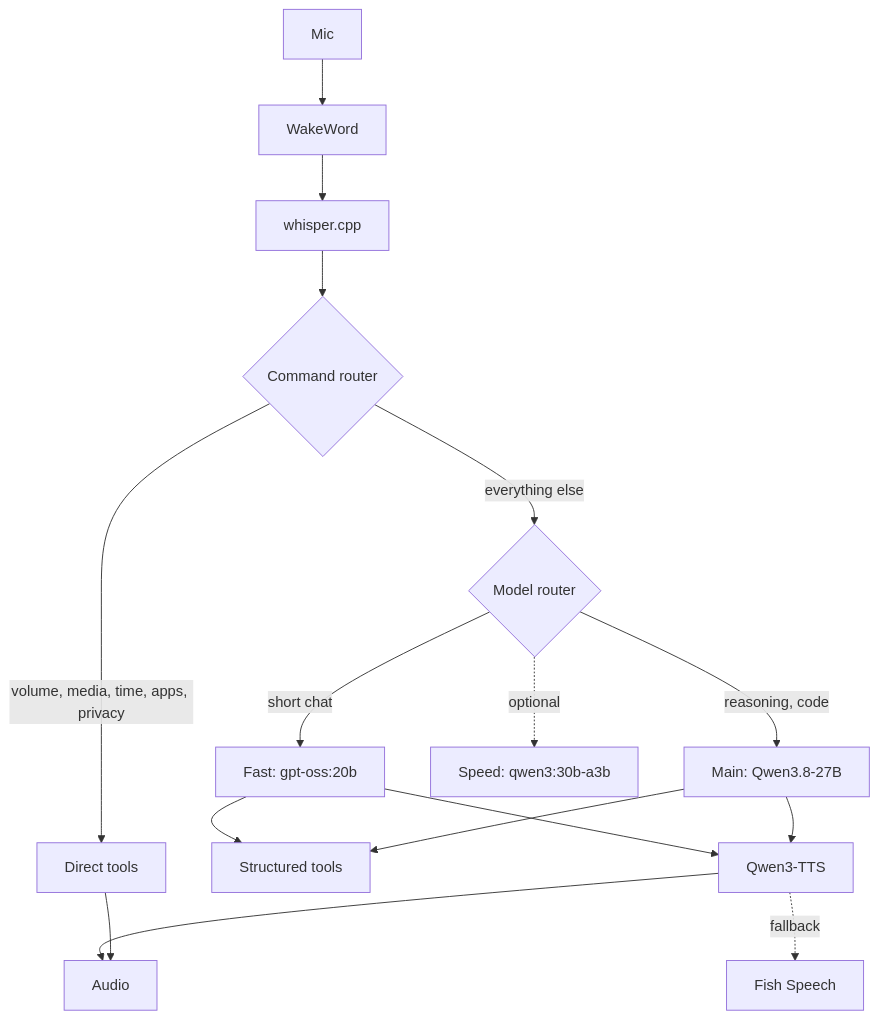
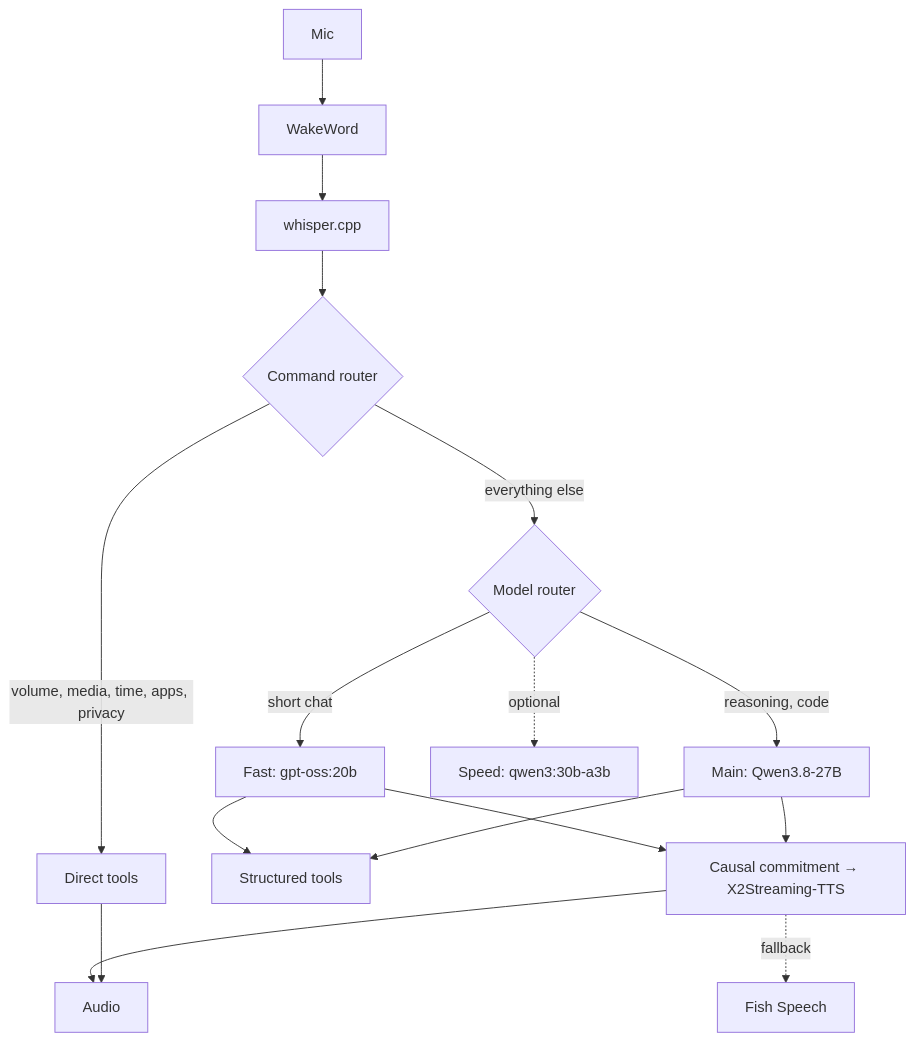
One commit to r3dg0d/Nala-Voice changed the diagram in README.md. Above: the diagram before and after it, drawn with Mermaid. The commit also changed other lines of this file and 15 other files, not shown here.

````diff
--- a/README.md
+++ b/README.md
@@ -22,18 +22,18 @@
 ```mermaid
 flowchart TD
     Mic --> WakeWord
     WakeWord --> Whisper[whisper.cpp]
     Whisper --> Router{Command router}
     Router -->|volume, media, time, apps, privacy| DirectTools[Direct tools]
     Router -->|everything else| ModelRouter{Model router}
     ModelRouter -->|short chat| FastLLM[Fast: gpt-oss:20b]
     ModelRouter -->|reasoning, code| MainLLM[Main: Qwen3.8-27B]
     ModelRouter -.->|optional| SpeedLLM[Speed: qwen3:30b-a3b]
     FastLLM --> Tools[Structured tools]
     MainLLM --> Tools
-    FastLLM --> TTS[Qwen3-TTS]
+    FastLLM --> TTS[Causal commitment → X2Streaming-TTS]
     MainLLM --> TTS
     TTS -.->|fallback| Fish[Fish Speech]
     TTS --> Audio
     DirectTools --> Audio
 ```
````
